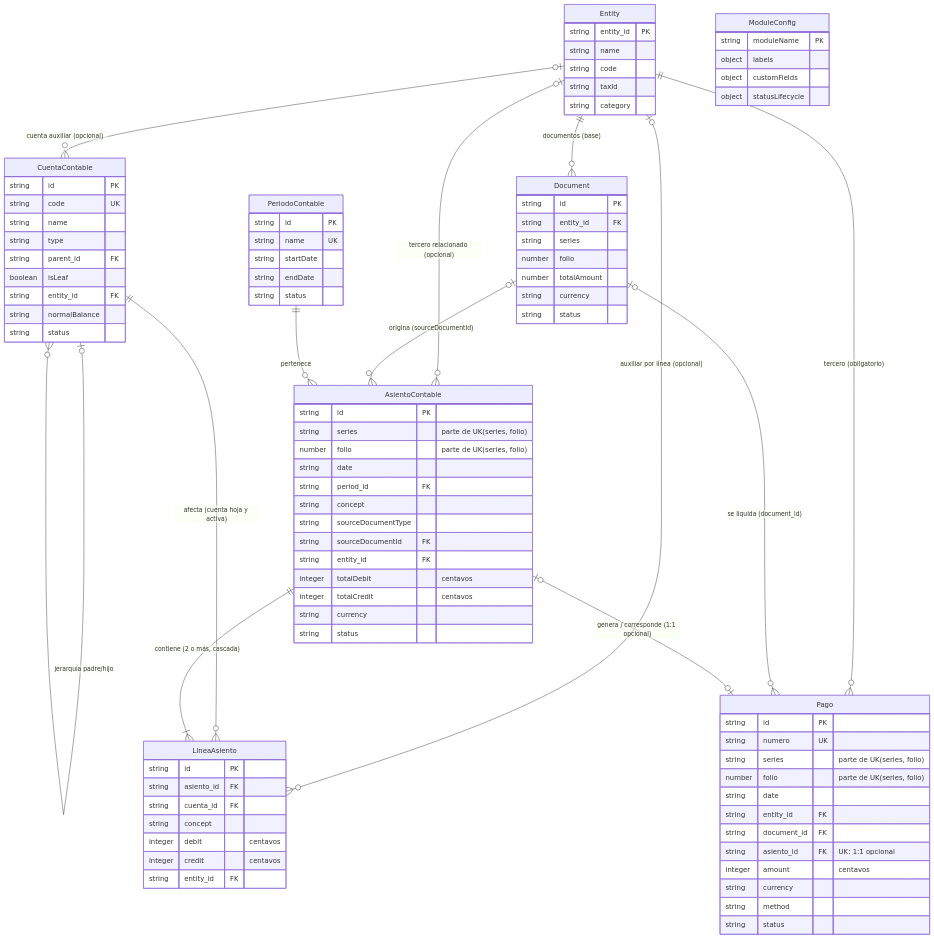
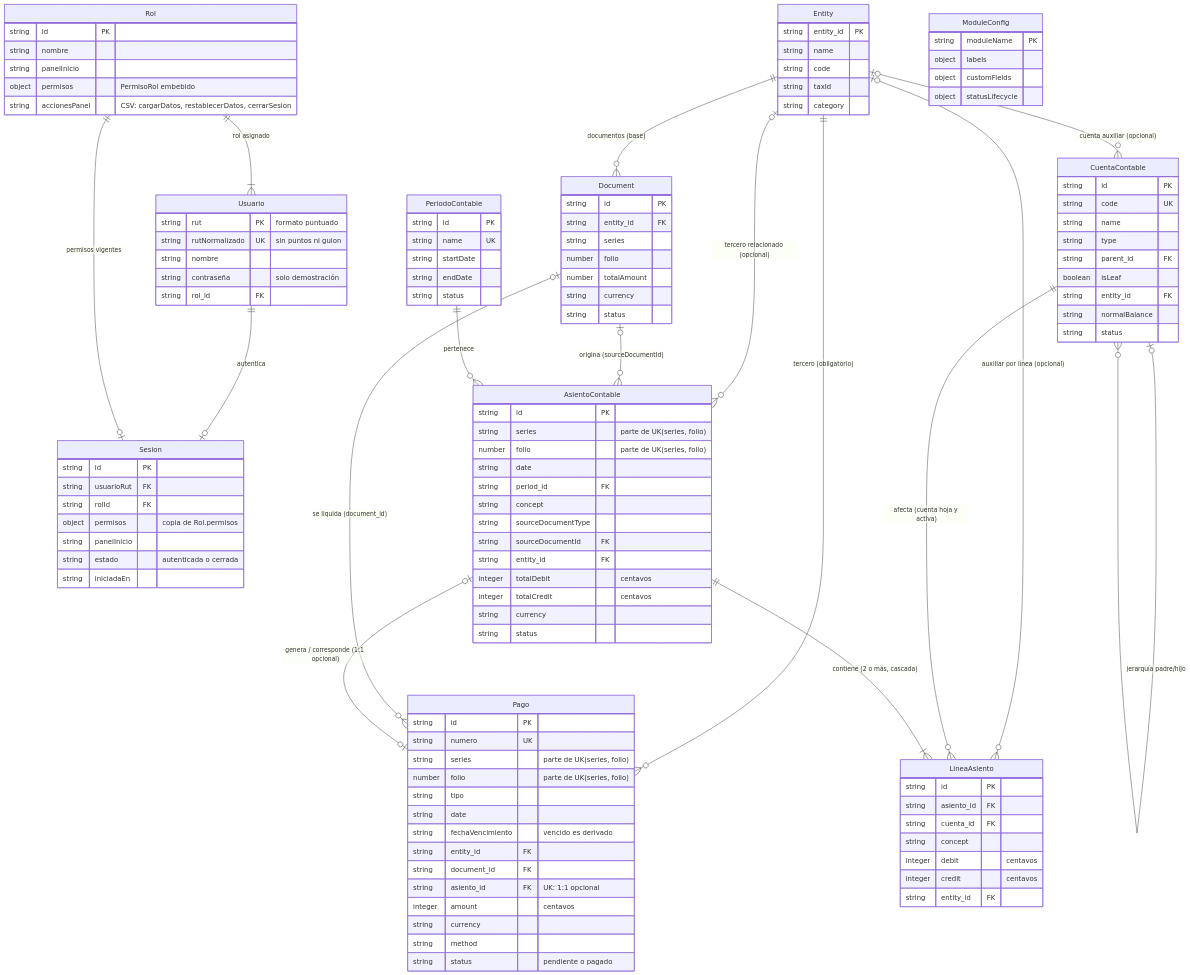
Before and after one commit to MDS-BI/Grupo-17: the diagram in specs/002-contabilidad-finanzas/diagrama.mmd, drawn with Mermaid. The commit also changed 56 other files, not shown here.

```diff
--- a/specs/002-contabilidad-finanzas/diagrama.mmd
+++ b/specs/002-contabilidad-finanzas/diagrama.mmd
@@ -1,92 +1,120 @@
 erDiagram
+    Rol ||--|{ Usuario : "rol asignado"
+    Usuario ||--o| Sesion : "autentica"
+    Rol ||--o| Sesion : "permisos vigentes"
     Entity ||--o{ Document : "documentos (base)"
     Entity |o--o{ CuentaContable : "cuenta auxiliar (opcional)"
     Entity |o--o{ AsientoContable : "tercero relacionado (opcional)"
     Entity |o--o{ LineaAsiento : "auxiliar por línea (opcional)"
     Entity ||--o{ Pago : "tercero (obligatorio)"
     Document |o--o{ AsientoContable : "origina (sourceDocumentId)"
     Document |o--o{ Pago : "se liquida (document_id)"
     PeriodoContable ||--o{ AsientoContable : "pertenece"
     CuentaContable |o--o{ CuentaContable : "jerarquía padre/hijo"
     CuentaContable ||--o{ LineaAsiento : "afecta (cuenta hoja y activa)"
     AsientoContable ||--|{ LineaAsiento : "contiene (2 o más, cascada)"
     AsientoContable |o--o| Pago : "genera / corresponde (1:1 opcional)"
 
+    Rol {
+        string id PK
+        string nombre
+        string panelInicio
+        object permisos "PermisoRol embebido"
+        string accionesPanel "CSV: cargarDatos, restablecerDatos, cerrarSesion"
+    }
+    Usuario {
+        string rut PK "formato puntuado"
+        string rutNormalizado UK "sin puntos ni guion"
+        string nombre
+        string contraseña "solo demostración"
+        string rol_id FK
+    }
+    Sesion {
+        string id PK
+        string usuarioRut FK
+        string rolId FK
+        object permisos "copia de Rol.permisos"
+        string panelInicio
+        string estado "autenticada o cerrada"
+        string iniciadaEn
+    }
     Entity {
         string entity_id PK
         string name
         string code
         string taxId
         string category
     }
     Document {
         string id PK
         string entity_id FK
         string series
         number folio
         number totalAmount
         string currency
         string status
     }
     ModuleConfig {
         string moduleName PK
         object labels
         object customFields
         object statusLifecycle
     }
     CuentaContable {
         string id PK
         string code UK
         string name
         string type
         string parent_id FK
         boolean isLeaf
         string entity_id FK
         string normalBalance
         string status
     }
     PeriodoContable {
         string id PK
         string name UK
         string startDate
         string endDate
         string status
     }
     AsientoContable {
         string id PK
         string series "parte de UK(series, folio)"
         number folio "parte de UK(series, folio)"
         string date
         string period_id FK
         string concept
         string sourceDocumentType
         string sourceDocumentId FK
         string entity_id FK
         integer totalDebit "centavos"
         integer totalCredit "centavos"
         string currency
         string status
     }
     LineaAsiento {
         string id PK
         string asiento_id FK
         string cuenta_id FK
         string concept
         integer debit "centavos"
         integer credit "centavos"
         string entity_id FK
     }
     Pago {
         string id PK
         string numero UK
         string series "parte de UK(series, folio)"
         number folio "parte de UK(series, folio)"
+        string tipo
         string date
+        string fechaVencimiento "vencido es derivado"
         string entity_id FK
         string document_id FK
         string asiento_id FK "UK: 1:1 opcional"
         integer amount "centavos"
         string currency
         string method
-        string status
+        string status "pendiente o pagado"
     }
```
